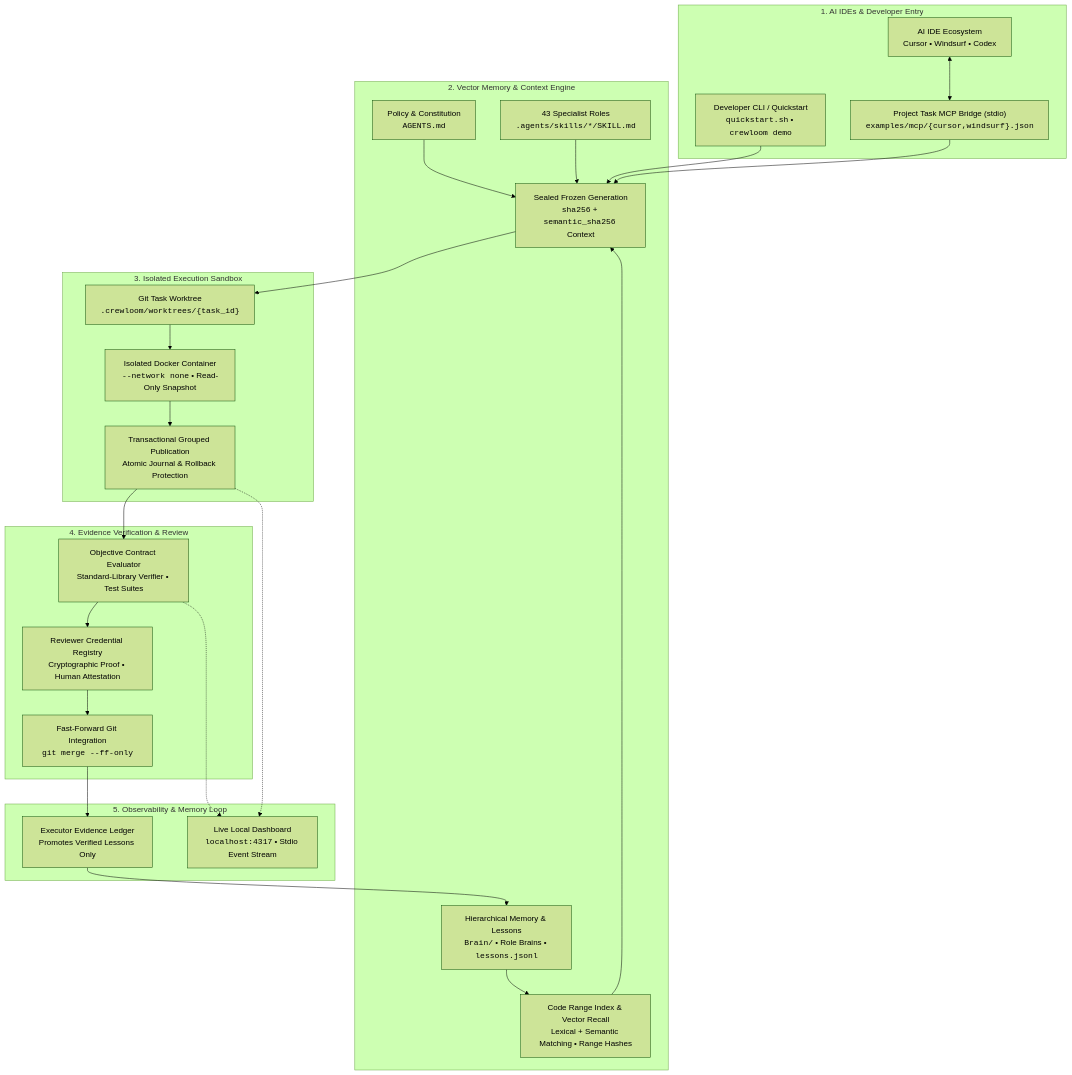
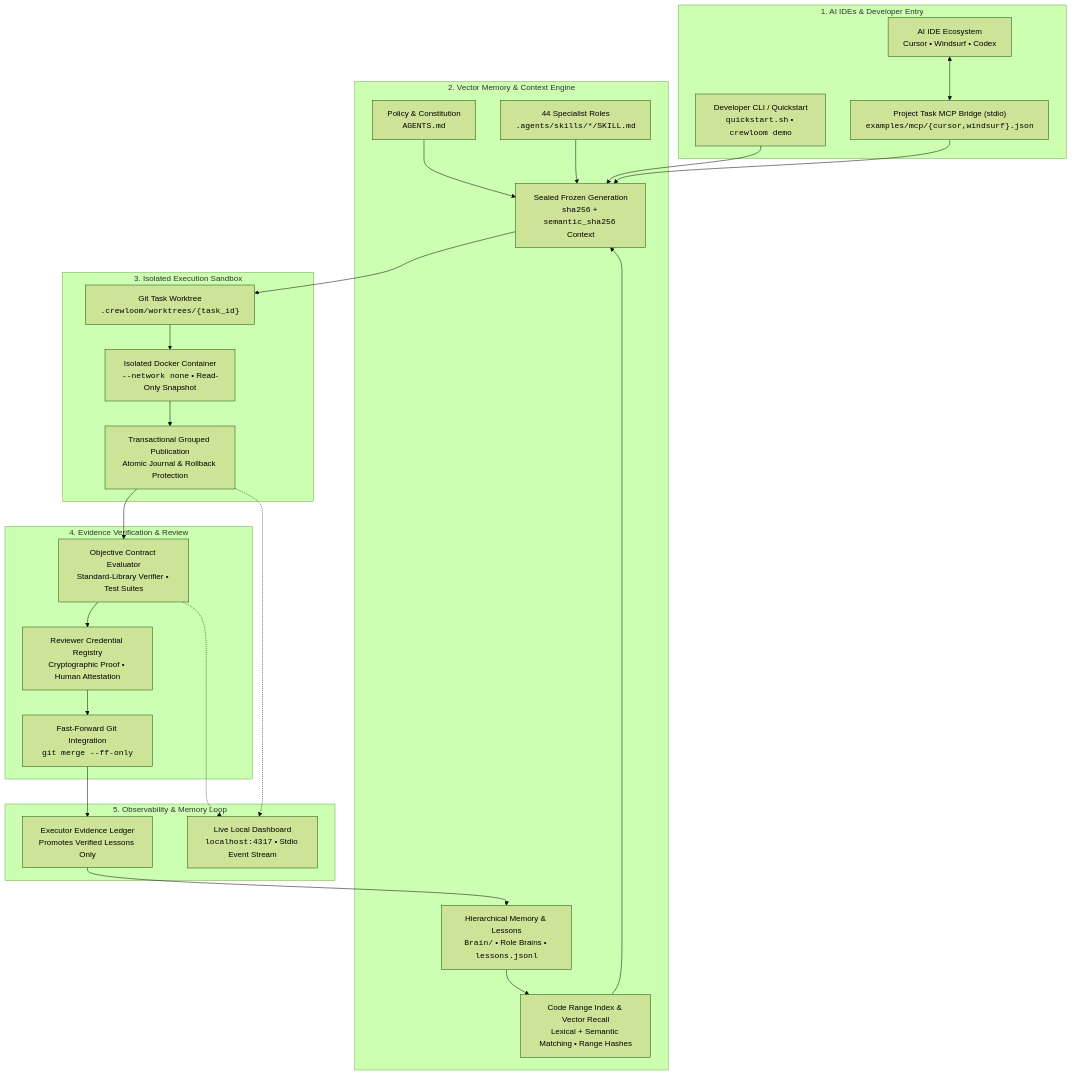
Before and after one commit to crewloom/crewloom: the diagram in README.md, drawn with Mermaid (forest theme). The commit also changed other lines of this file and 29 other files, not shown here.

First line of the commit message:
Add distributed-systems-architect role, system-design checker, and architecture workflow (44 roles, 20 tools) (#43)

````diff
--- a/README.md
+++ b/README.md
@@ -40,54 +40,54 @@
 ```mermaid
 flowchart TD
     subgraph IDE ["1. AI IDEs & Developer Entry"]
         CLI["Developer CLI / Quickstart<br/><code>quickstart.sh</code> • <code>crewloom demo</code>"]
         IDEs["AI IDE Ecosystem<br/>Cursor • Windsurf • Codex"]
         MCP["Project Task MCP Bridge (stdio)<br/><code>examples/mcp/{cursor,windsurf}.json</code>"]
         IDEs <--> MCP
     end
 
     subgraph Memory ["2. Vector Memory & Context Engine"]
         Rules["Policy & Constitution<br/><code>AGENTS.md</code>"]
-        Roles["43 Specialist Roles<br/><code>.agents/skills/*/SKILL.md</code>"]
+        Roles["44 Specialist Roles<br/><code>.agents/skills/*/SKILL.md</code>"]
         Brain["Hierarchical Memory & Lessons<br/><code>Brain/</code> • Role Brains • <code>lessons.jsonl</code>"]
         Indexer["Code Range Index & Vector Recall<br/>Lexical + Semantic Matching • Range Hashes"]
         FrozenGen["Sealed Frozen Generation<br/><code>sha256</code> + <code>semantic_sha256</code> Context"]
         
         Rules --> FrozenGen
         Roles --> FrozenGen
         Brain --> Indexer
         Indexer --> FrozenGen
     end
 
     subgraph Sandbox ["3. Isolated Execution Sandbox"]
         Worktree["Git Task Worktree<br/><code>.crewloom/worktrees/{task_id}</code>"]
         Docker["Isolated Docker Container<br/><code>--network none</code> • Read-Only Snapshot"]
         Journal["Transactional Grouped Publication<br/>Atomic Journal & Rollback Protection"]
         
         Worktree --> Docker
         Docker --> Journal
     end
 
     subgraph Verification ["4. Evidence Verification & Review"]
         Gate["Objective Contract Evaluator<br/>Standard-Library Verifier • Test Suites"]
         Reviewer["Reviewer Credential Registry<br/>Cryptographic Proof • Human Attestation"]
         GitMerge["Fast-Forward Git Integration<br/><code>git merge --ff-only</code>"]
         
         Journal --> Gate
         Gate --> Reviewer
         Reviewer --> GitMerge
     end
 
     subgraph Feedback ["5. Observability & Memory Loop"]
         Dashboard["Live Local Dashboard<br/><code>localhost:4317</code> • Stdio Event Stream"]
         Evidence["Executor Evidence Ledger<br/>Promotes Verified Lessons Only"]
     end
 
     CLI --> FrozenGen
     MCP --> FrozenGen
     FrozenGen --> Worktree
     GitMerge --> Evidence
     Evidence --> Brain
     Gate -.-> Dashboard
     Journal -.-> Dashboard
 ```
````
